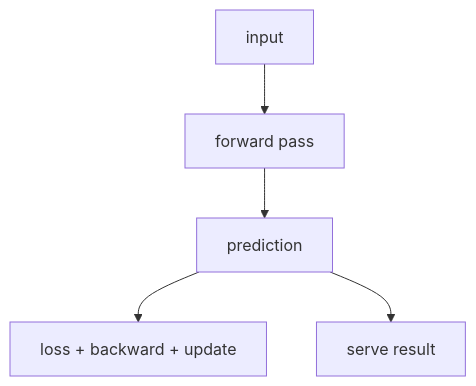
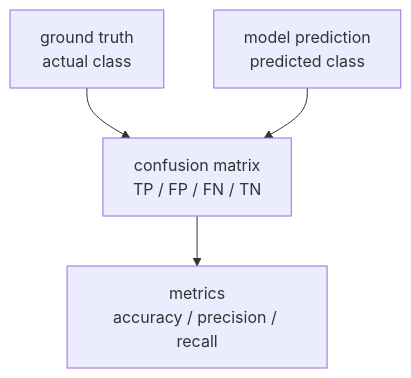
One commit to devchan64/AiBook changed the second of 2 diagrams in docs/parts/part-04/chapter-06/section-01.md. Above: the diagram before and after it, drawn with Mermaid. The commit also changed other lines of this file and 213 other files, not shown here.

````diff
--- a/docs/parts/part-04/chapter-06/section-01.md
+++ b/docs/parts/part-04/chapter-06/section-01.md
@@ -102,13 +84,11 @@
 ```mermaid
-flowchart TD
-  A["input"]
-  B["forward pass"]
-  C["prediction"]
-  D["loss + backward + update"]
-  E["serve result"]
+flowchart TB
+  A["ground truth<br/>actual class"]
+  B["model prediction<br/>predicted class"]
+  C["confusion matrix<br/>TP / FP / FN / TN"]
+  D["metrics<br/>accuracy / precision / recall"]
 
-  A --> B
+  A --> C
   B --> C
   C --> D
-  C --> E
 ```
````
